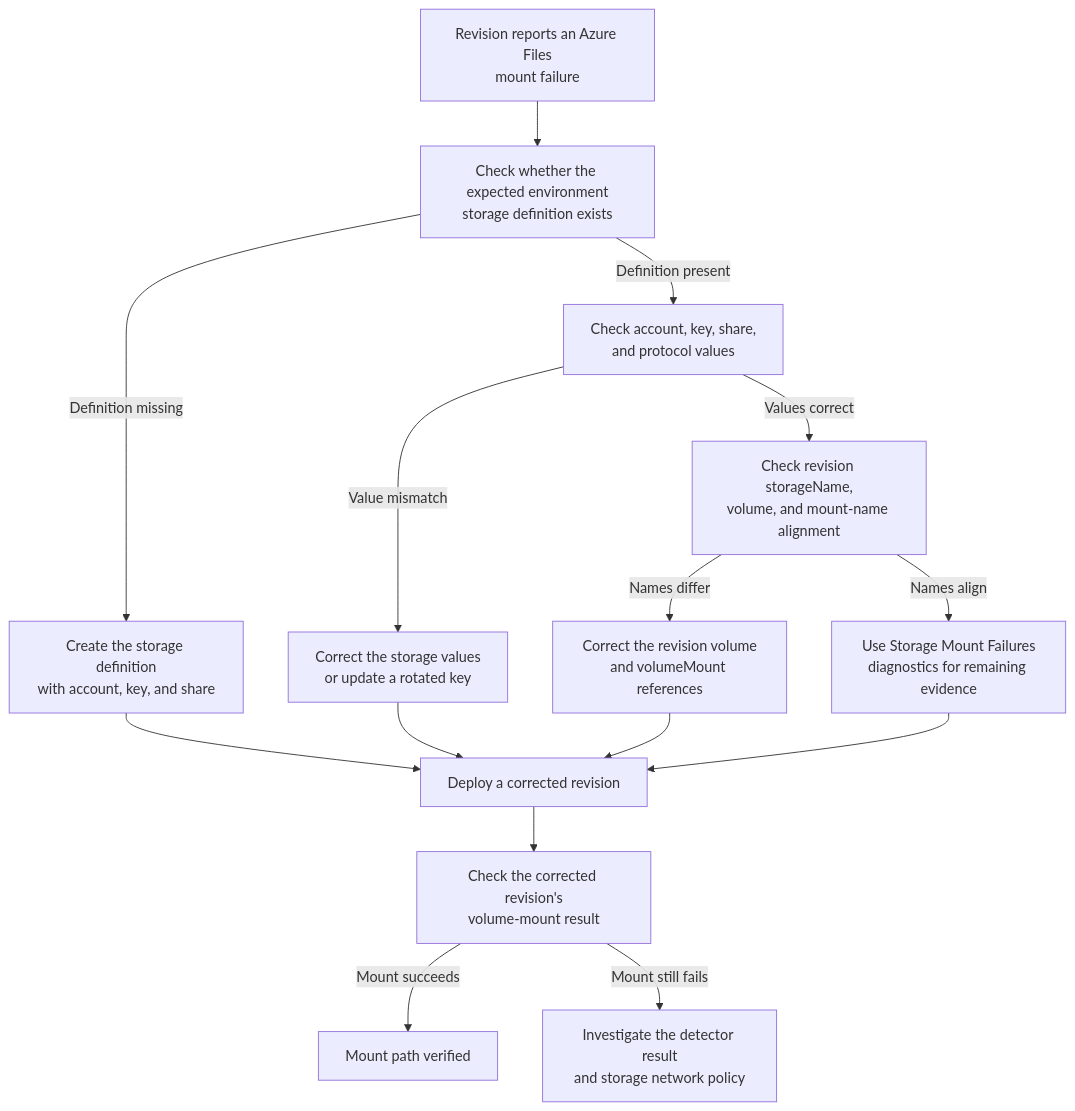
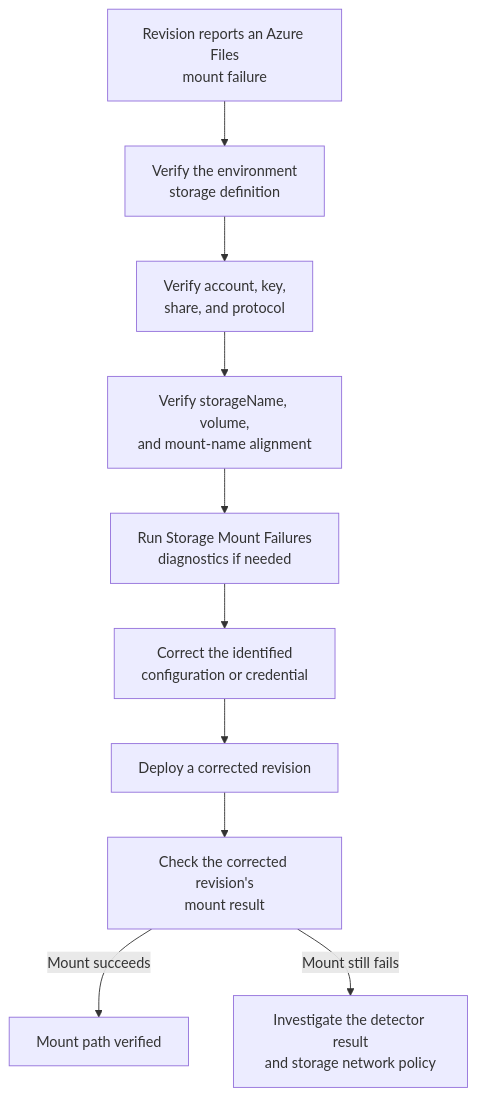
One commit to yeongseon/azure-container-apps-practical-guide changed the diagram in docs/troubleshooting/playbooks/storage-and-volumes/azure-files-mount-failure.md. Above: the diagram before and after it, drawn with Mermaid. The commit also changed 1 other file, not shown here.

Commit message:
fix(diagrams): address review findings

````diff
--- a/docs/troubleshooting/playbooks/storage-and-volumes/azure-files-mount-failure.md
+++ b/docs/troubleshooting/playbooks/storage-and-volumes/azure-files-mount-failure.md
@@ -32,33 +32,26 @@
 ```mermaid
 flowchart TD
     accTitle: Diagnose an Azure Files mount failure
     accDescr: Verify the environment storage definition, credential and share values, revision volume references, and platform storage evidence before redeploying a corrected mount.
 
     START[Revision reports an Azure Files<br/>mount failure]
-    ENV[Check whether the expected environment<br/>storage definition exists]
-    CREATE[Create the storage definition<br/>with account, key, and share]
-    VALUES[Check account, key, share,<br/>and protocol values]
-    CREDENTIALS[Correct the storage values<br/>or update a rotated key]
-    REFERENCES[Check revision storageName,<br/>volume, and mount-name alignment]
-    YAML[Correct the revision volume<br/>and volumeMount references]
-    DETECTOR[Use Storage Mount Failures<br/>diagnostics for remaining evidence]
+    ENV[Verify the environment<br/>storage definition]
+    VALUES[Verify account, key,<br/>share, and protocol]
+    REFERENCES[Verify storageName, volume,<br/>and mount-name alignment]
+    DETECTOR[Run Storage Mount Failures<br/>diagnostics if needed]
+    CORRECT[Correct the identified<br/>configuration or credential]
     REDEPLOY[Deploy a corrected revision]
-    MOUNTED[Check the corrected revision's<br/>volume-mount result]
+    MOUNTED[Check the corrected revision's<br/>mount result]
     DONE[Mount path verified]
     CONTINUE[Investigate the detector result<br/>and storage network policy]
 
     START --> ENV
-    ENV -->|Definition missing| CREATE
-    ENV -->|Definition present| VALUES
-    VALUES -->|Value mismatch| CREDENTIALS
-    VALUES -->|Values correct| REFERENCES
-    REFERENCES -->|Names differ| YAML
-    REFERENCES -->|Names align| DETECTOR
-    CREATE --> REDEPLOY
-    CREDENTIALS --> REDEPLOY
-    YAML --> REDEPLOY
-    DETECTOR --> REDEPLOY
+    ENV --> VALUES
+    VALUES --> REFERENCES
+    REFERENCES --> DETECTOR
+    DETECTOR --> CORRECT
+    CORRECT --> REDEPLOY
     REDEPLOY --> MOUNTED
     MOUNTED -->|Mount succeeds| DONE
     MOUNTED -->|Mount still fails| CONTINUE
 ```
````
